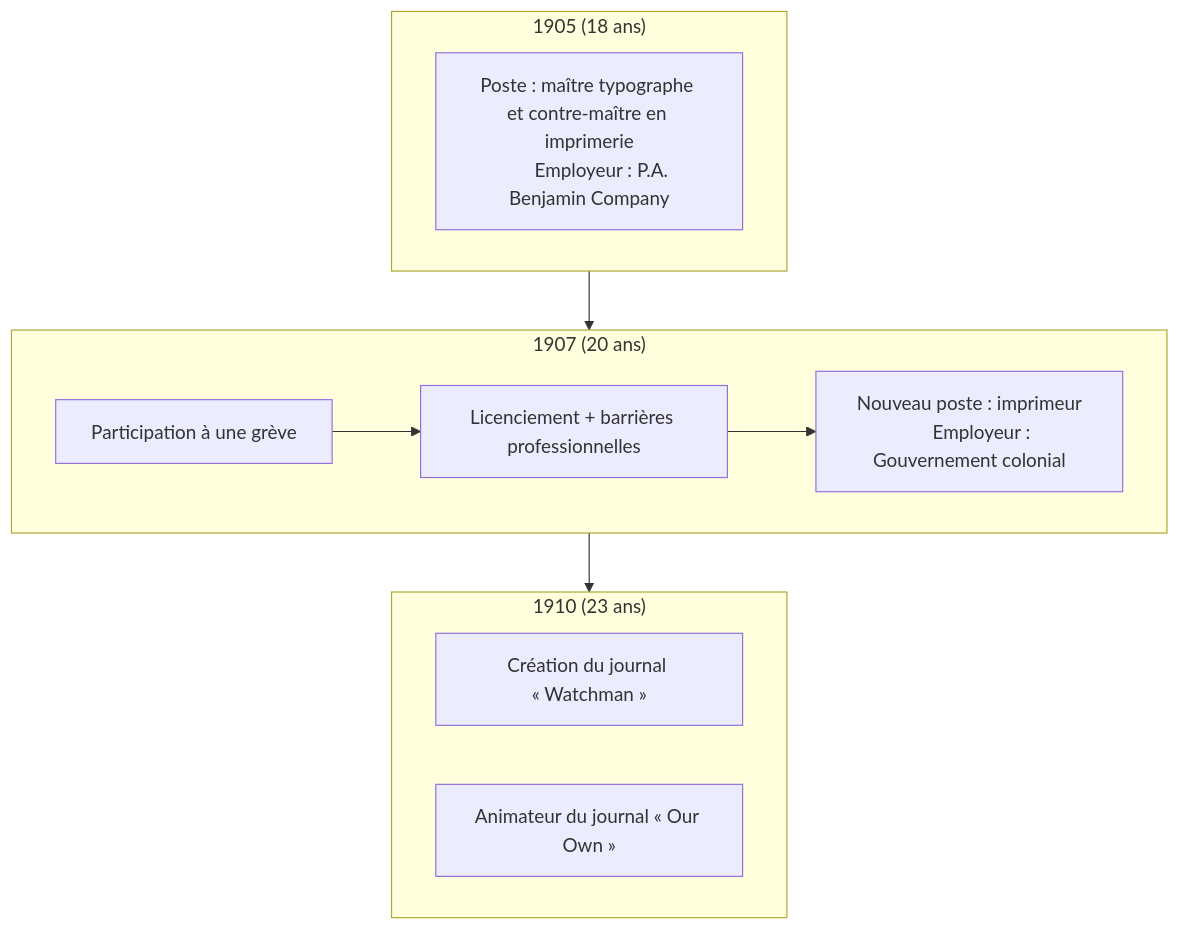
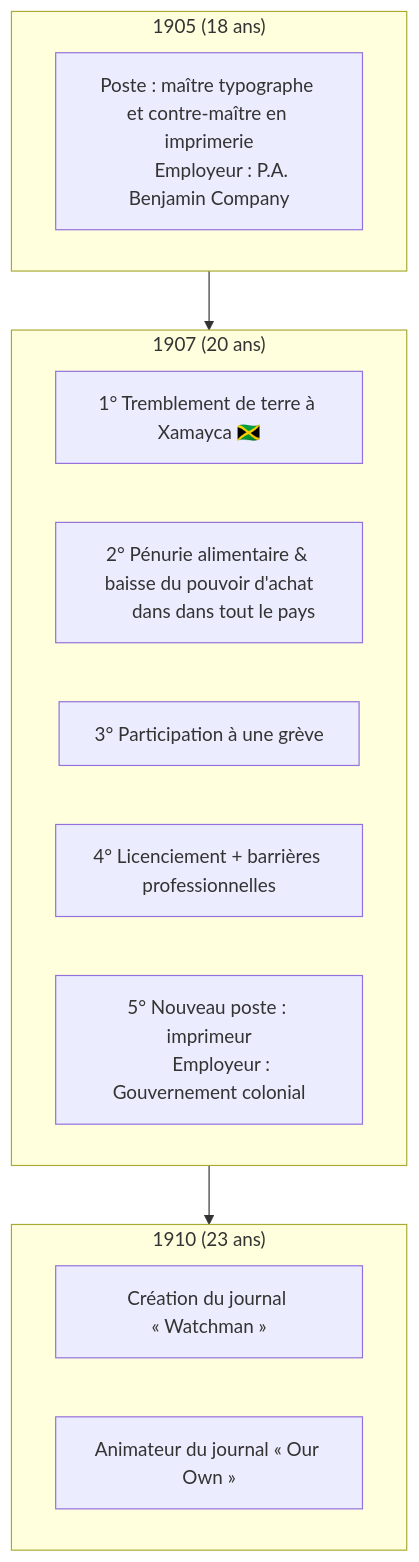
The fourth of 4 diagrams in en-cours/personnalite/homme/polymathe/caraibes/midi/colonie/xamayca/marcus-gavey.md (ba-moun/Ba-Moun-Save), drawn with Mermaid before and after one commit. The commit also changed other lines of this file, not shown here.

Commit message:
docs: update en-cours/personnalite/homme/polymathe/caraibes/midi/colonie/xamayca/marcus-gavey

````diff
--- a/en-cours/personnalite/homme/polymathe/caraibes/midi/colonie/xamayca/marcus-gavey.md
+++ b/en-cours/personnalite/homme/polymathe/caraibes/midi/colonie/xamayca/marcus-gavey.md
@@ -137,24 +205,27 @@
 ```mermaid
 flowchart TB
 
    subgraph id4["1905 (18 ans)"]
       id5["Poste : maître typographe et contre-maître en imprimerie
       Employeur : P.A. Benjamin Company"]
    end
    
    subgraph id7["1907 (20 ans)"]
-      id6["Participation à une grève"] --> id8["Licenciement + barrières professionnelles"]
-      id9["Nouveau poste : imprimeur
+      id13["1° Tremblement de terre à Xamayca 🇯🇲"]
+      id14["2° Pénurie alimentaire & baisse du pouvoir d'achat
+      dans dans tout le pays"]
+      id6["3° Participation à une grève"]
+      id8["4° Licenciement + barrières professionnelles"]
+      id9["5° Nouveau poste : imprimeur
       Employeur : Gouvernement colonial"]
    end
    
    subgraph id10["1910 (23 ans)"]
       id11["Création du journal « Watchman »"]
       id12["Animateur du journal « Our Own »"]
    end
    
    id4 --> id7
-   id8 --> id9
    id7 --> id10
 
 ```
````
